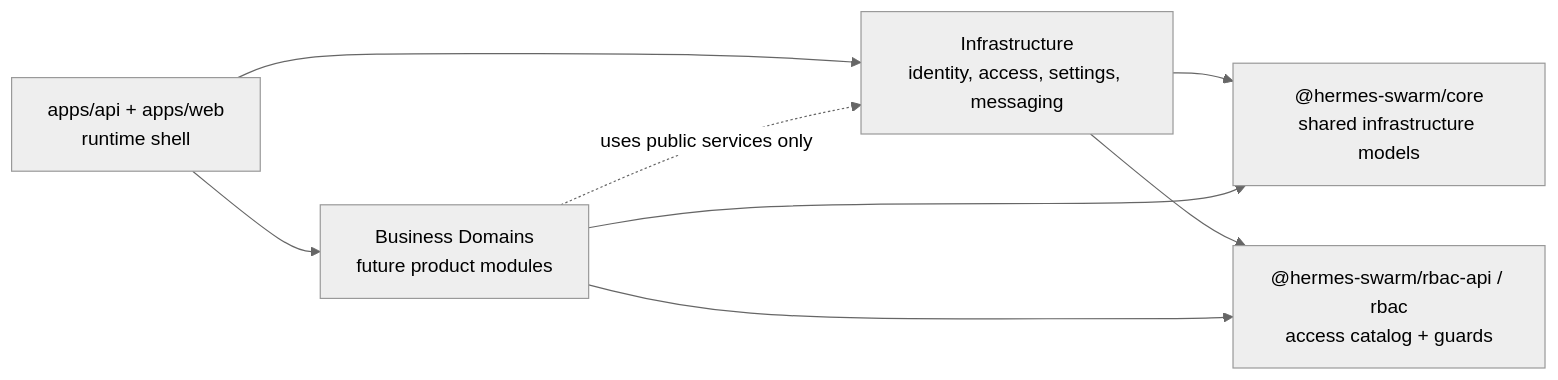
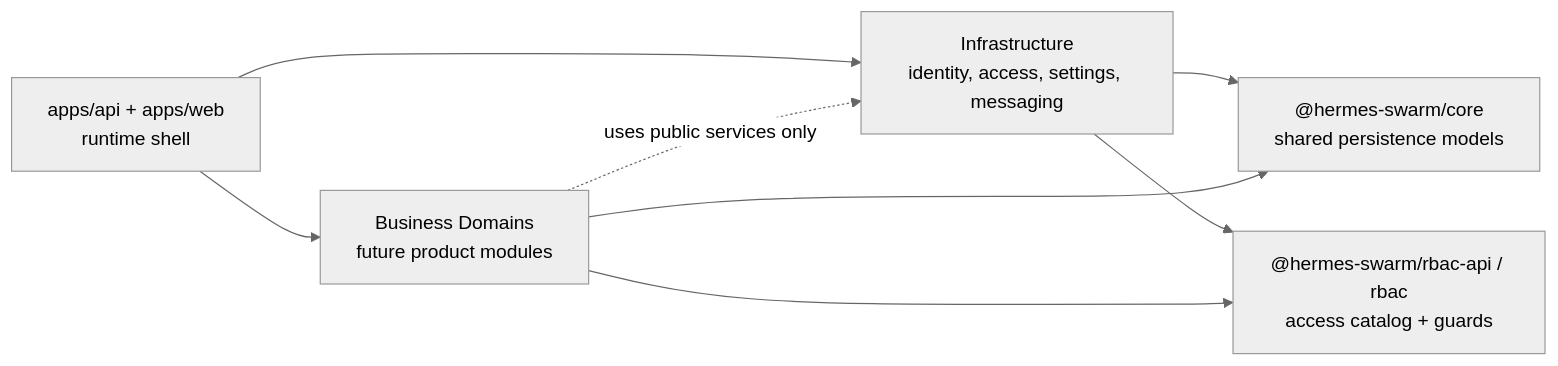
The diagram in docs/architecture/infrastructure-boundary.md (AyalaKaguya/hermes-swarm), drawn with Mermaid (neutral theme) before and after one commit. The commit also changed other lines of this file and 301 other files, not shown here.

````diff
--- a/docs/architecture/infrastructure-boundary.md
+++ b/docs/architecture/infrastructure-boundary.md
@@ -9,10 +9,10 @@
 ```mermaid
 flowchart LR
   Runtime["apps/api + apps/web<br/>runtime shell"] --> Infrastructure["Infrastructure<br/>identity, access, settings, messaging"]
   Runtime --> Business["Business Domains<br/>future product modules"]
-  Infrastructure --> Core["@hermes-swarm/core<br/>shared infrastructure models"]
+  Infrastructure --> Core["@hermes-swarm/core<br/>shared persistence models"]
   Infrastructure --> Rbac["@hermes-swarm/rbac-api / rbac<br/>access catalog + guards"]
   Business --> Core
   Business --> Rbac
   Business -. "uses public services only" .-> Infrastructure
 ```
````
